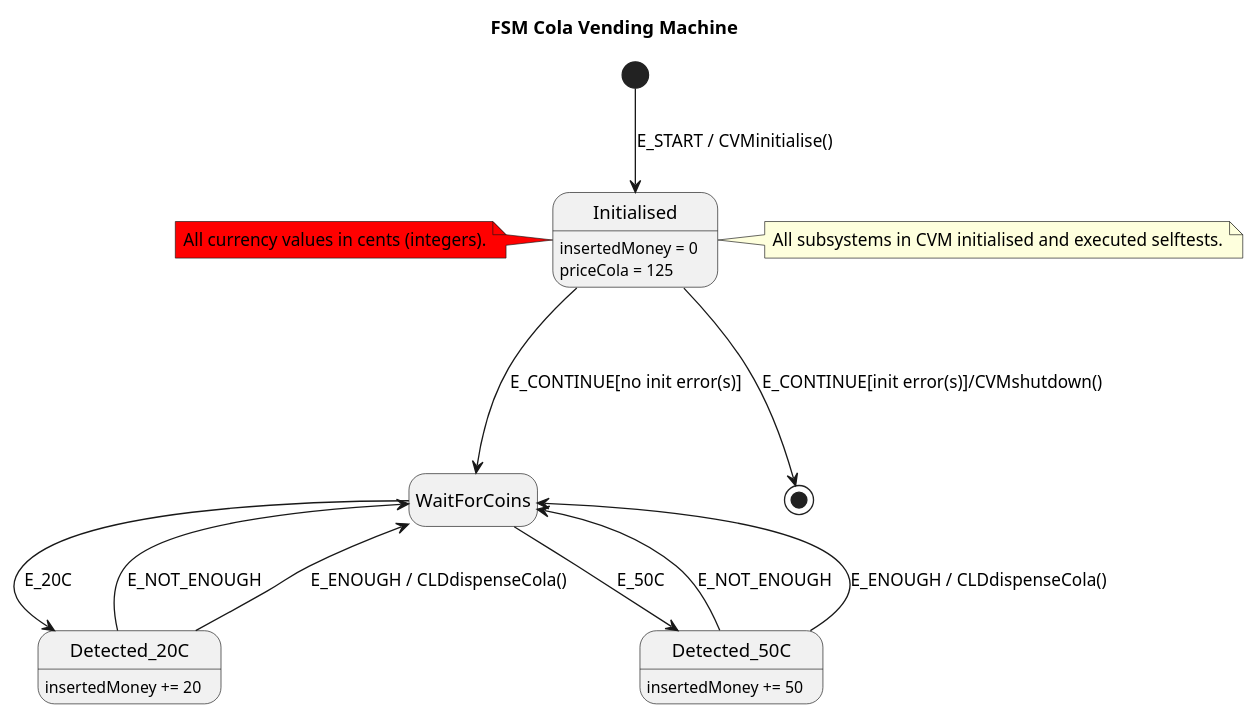
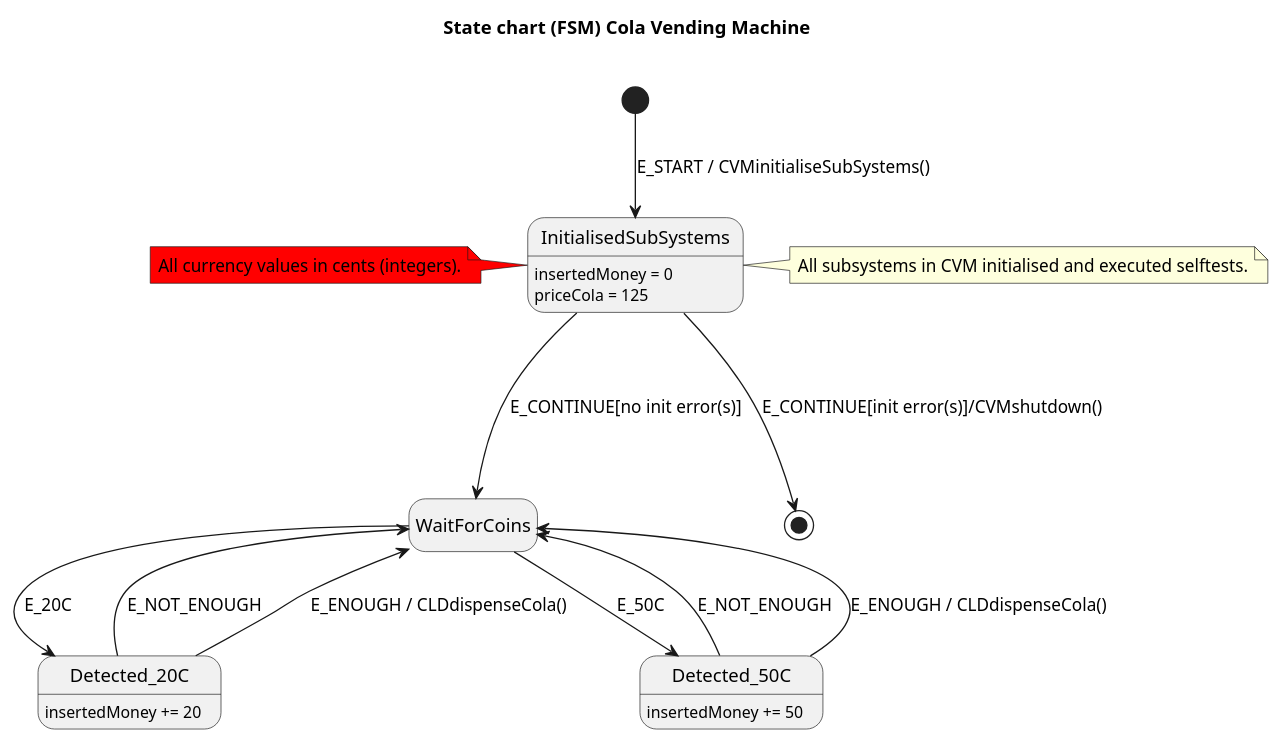
One commit to josokw/IntroductionC changed the diagram in ColaVendingMachine/CVM-0/uml/ColaVendingMachine-0-fsm.puml. Above: the diagram before and after it, drawn with PlantUML. The commit also changed 12 other files, not shown here.

```diff
--- a/ColaVendingMachine/CVM-0/uml/ColaVendingMachine-0-fsm.puml
+++ b/ColaVendingMachine/CVM-0/uml/ColaVendingMachine-0-fsm.puml
@@ -1,31 +1,31 @@
 @startuml
 
 hide empty description
 
-title FSM Cola Vending Machine
+title State chart (FSM) Cola Vending Machine\n
 
-[*] --> Initialised : E_START / CVMinitialise()
-Initialised : insertedMoney = 0
-Initialised : priceCola = 125
-Initialised ---> WaitForCoins : E_CONTINUE[no init error(s)]
-Initialised ---> [*] : E_CONTINUE[init error(s)]/CVMshutdown()
+[*] --> InitialisedSubSystems : E_START / CVMinitialiseSubSystems()
+InitialisedSubSystems : insertedMoney = 0
+InitialisedSubSystems : priceCola = 125
+InitialisedSubSystems ---> WaitForCoins : E_CONTINUE[no init error(s)]
+InitialisedSubSystems ---> [*] : E_CONTINUE[init error(s)]/CVMshutdown()
 
 WaitForCoins --> Detected_20C : E_20C
 Detected_20C : insertedMoney += 20
 Detected_20C -up-> WaitForCoins : E_NOT_ENOUGH
 Detected_20C --> WaitForCoins : E_ENOUGH / CLDdispenseCola()
 
 WaitForCoins --> Detected_50C : E_50C
 Detected_50C : insertedMoney += 50
 Detected_50C -up-> WaitForCoins : E_NOT_ENOUGH
 Detected_50C --> WaitForCoins : E_ENOUGH / CLDdispenseCola()
 
-note right of Initialised
+note right of InitialisedSubSystems
     All subsystems in CVM initialised and executed selftests.
 end note
 
-note left of Initialised #red
+note left of InitialisedSubSystems #red
     All currency values in cents (integers).
 end note
 
 @enduml
```
